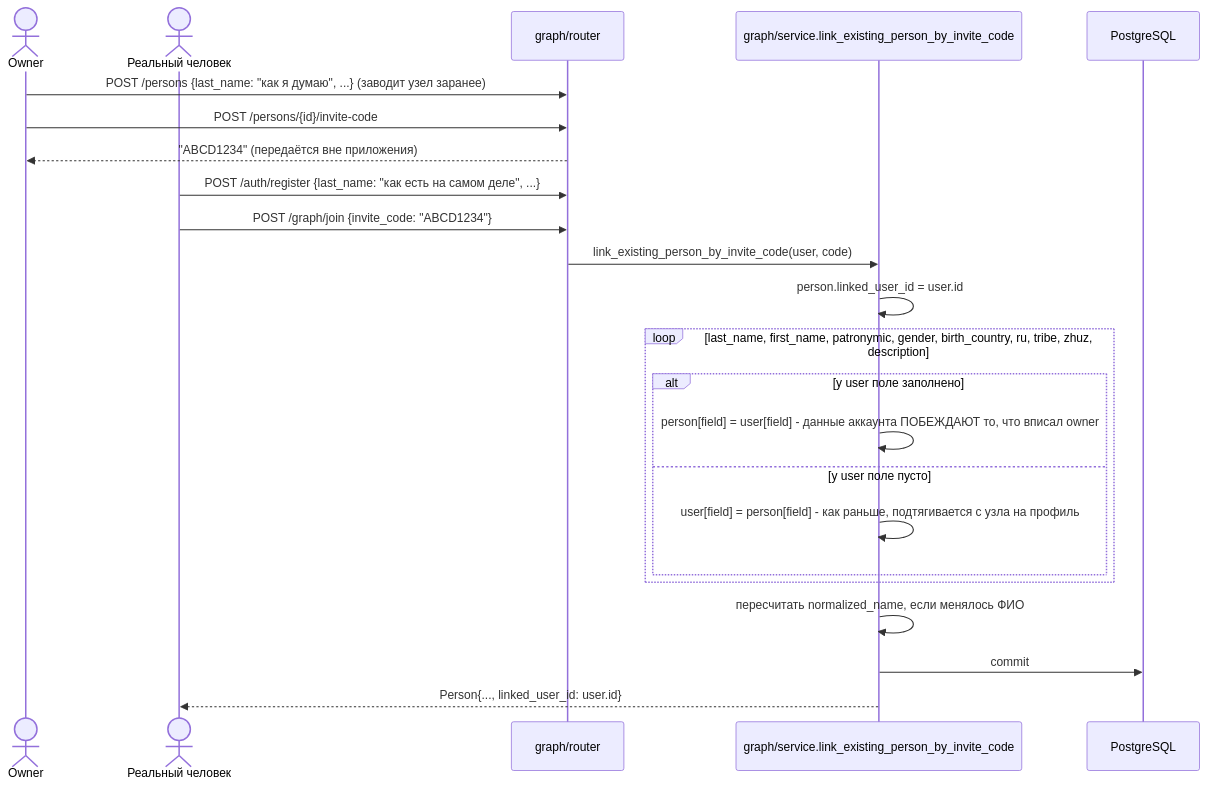
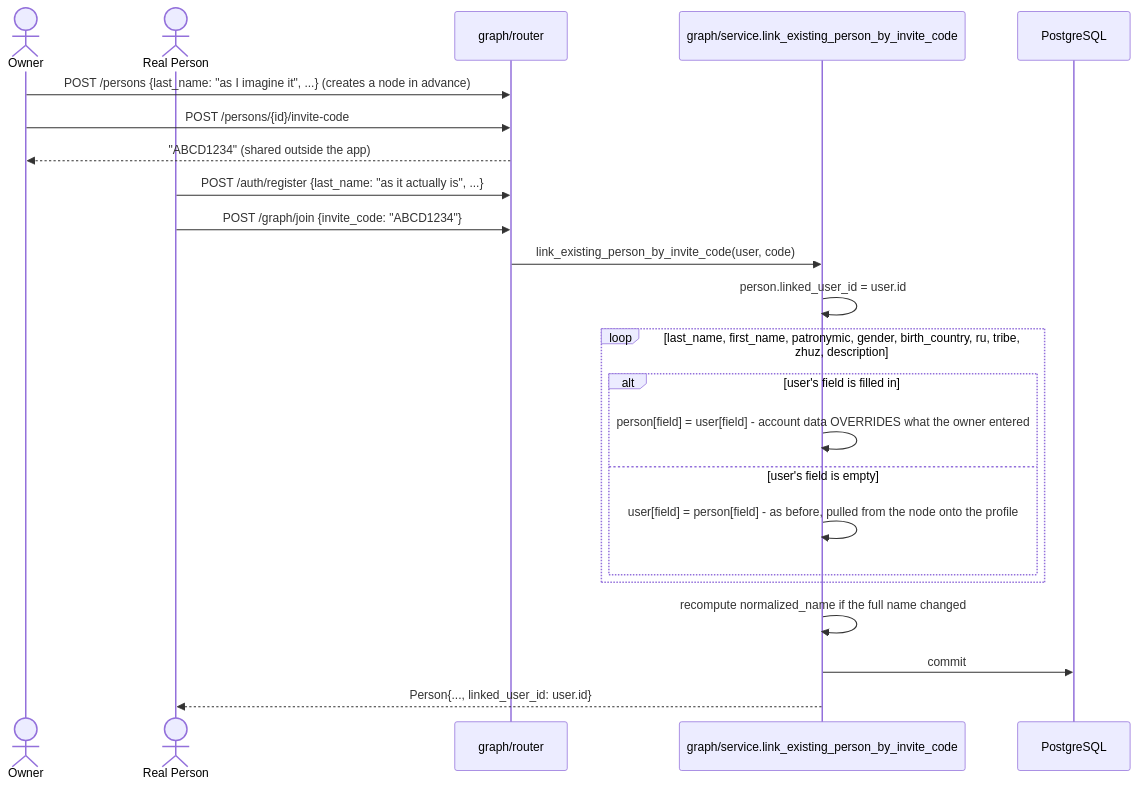
One commit to moera-sudo/jeli changed the third of 7 diagrams in README.md. Above: the diagram before and after it, drawn with Mermaid. The commit also changed other lines of this file and 61 other files, not shown here.

````diff
--- a/README.md
+++ b/README.md
@@ -402,27 +405,27 @@
 ```mermaid
 sequenceDiagram
     actor Owner
-    actor RealPerson as Реальный человек
+    actor RealPerson as Real Person
     participant R as graph/router
     participant S as graph/service.link_existing_person_by_invite_code
     participant DB as PostgreSQL
 
-    Owner->>R: POST /persons {last_name: "как я думаю", ...} (заводит узел заранее)
+    Owner->>R: POST /persons {last_name: "as I imagine it", ...} (creates a node in advance)
     Owner->>R: POST /persons/{id}/invite-code
-    R-->>Owner: "ABCD1234" (передаётся вне приложения)
+    R-->>Owner: "ABCD1234" (shared outside the app)
 
-    RealPerson->>R: POST /auth/register {last_name: "как есть на самом деле", ...}
+    RealPerson->>R: POST /auth/register {last_name: "as it actually is", ...}
     RealPerson->>R: POST /graph/join {invite_code: "ABCD1234"}
     R->>S: link_existing_person_by_invite_code(user, code)
     S->>S: person.linked_user_id = user.id
     loop last_name, first_name, patronymic, gender, birth_country, ru, tribe, zhuz, description
-        alt у user поле заполнено
-            S->>S: person[field] = user[field] - данные аккаунта ПОБЕЖДАЮТ то, что вписал owner
-        else у user поле пусто
-            S->>S: user[field] = person[field] - как раньше, подтягивается с узла на профиль
+        alt user's field is filled in
+            S->>S: person[field] = user[field] - account data OVERRIDES what the owner entered
+        else user's field is empty
+            S->>S: user[field] = person[field] - as before, pulled from the node onto the profile
         end
     end
-    S->>S: пересчитать normalized_name, если менялось ФИО
+    S->>S: recompute normalized_name if the full name changed
     S->>DB: commit
     S-->>RealPerson: Person{..., linked_user_id: user.id}
 ```
````
